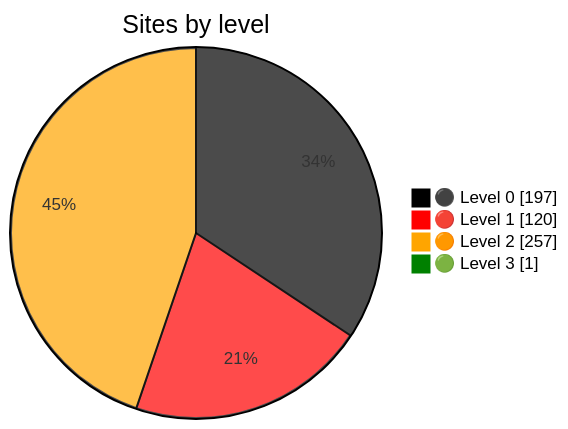
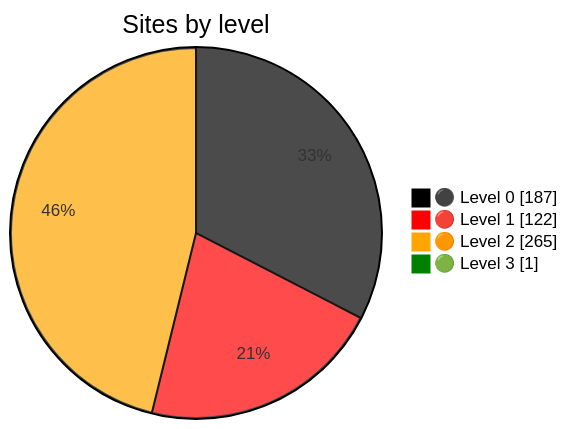
Before and after one commit to nuuuwan/gov_lk_web_auditor: the diagram in README.md, drawn with Mermaid. The commit also changed other lines of this file and 2560 other files, not shown here.

````diff
--- a/README.md
+++ b/README.md
@@ -24,9 +24,9 @@
 ```mermaid
 %%{init: {"themeVariables":{"pie1":"black","pie2":"red","pie3":"orange","pie4":"green"}}}%%
 pie showData
     title Sites by level
-    "⚫ Level 0" : 197
-    "🔴 Level 1" : 120
-    "🟠 Level 2" : 257
+    "⚫ Level 0" : 187
+    "🔴 Level 1" : 122
+    "🟠 Level 2" : 265
     "🟢 Level 3" : 1
 ```
````
